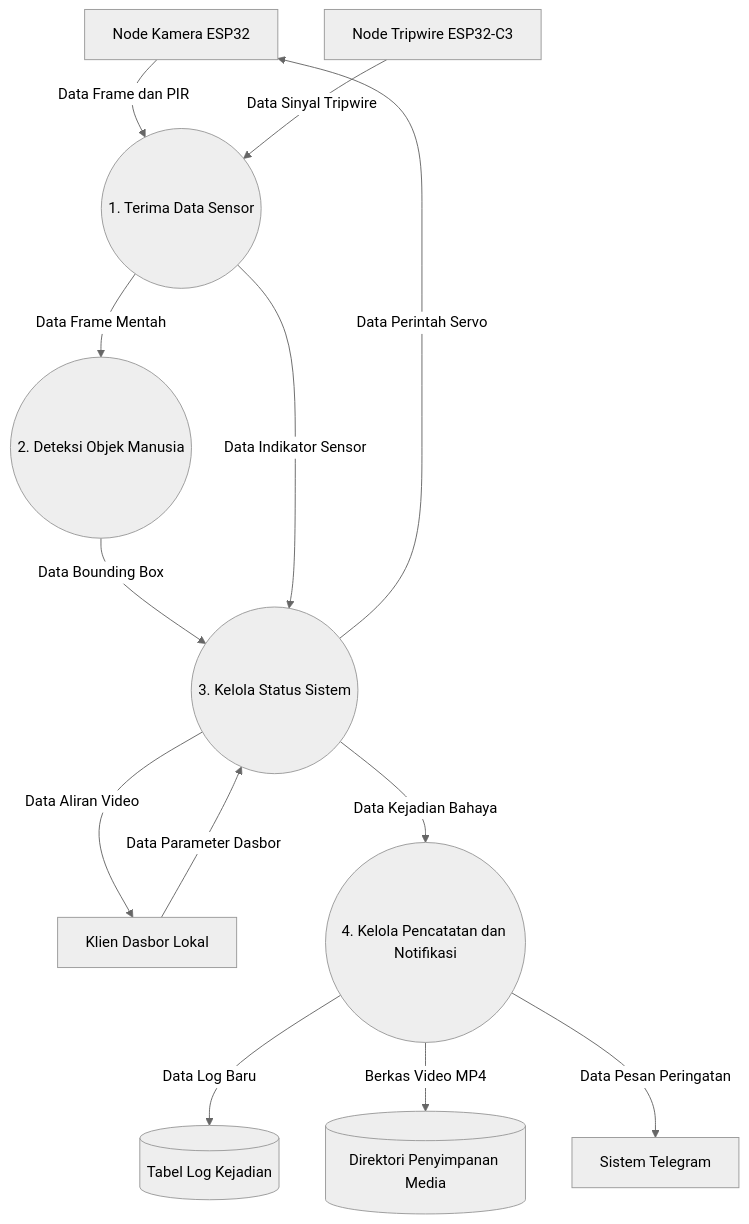
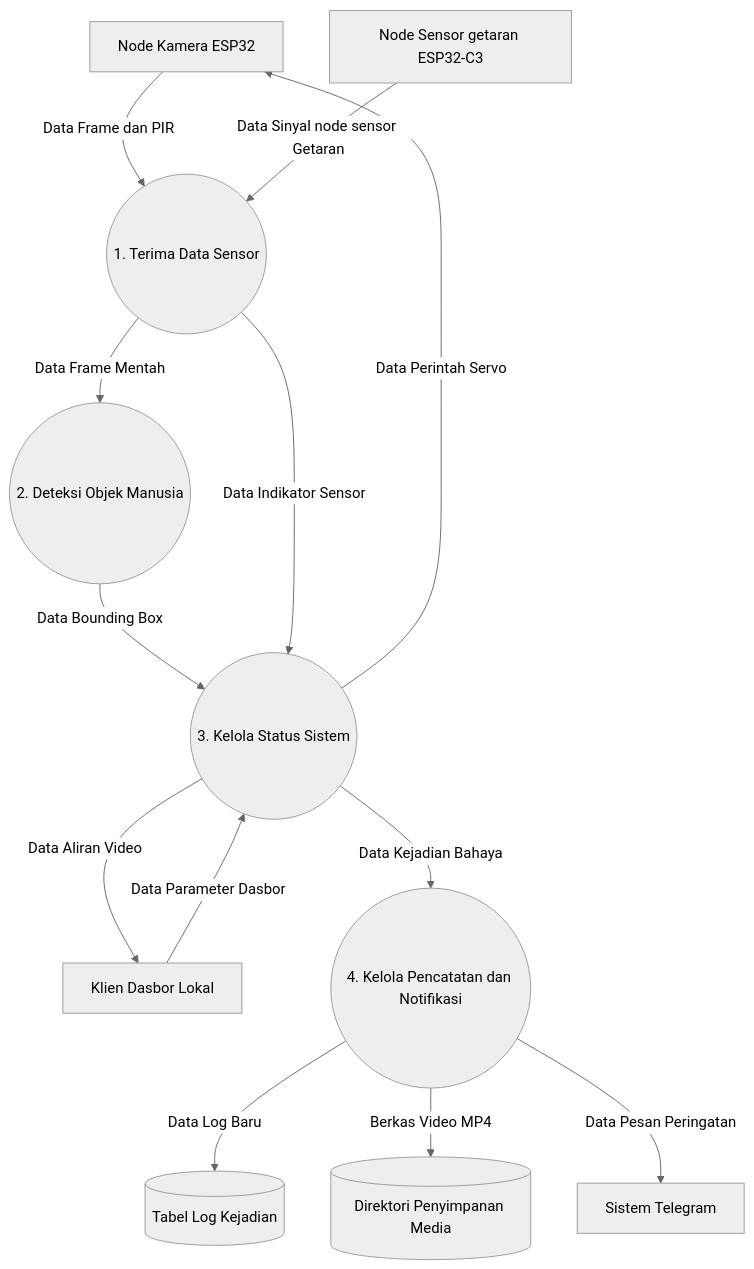
The second of 9 diagrams in zbuku/buku.md (afandihrp/Sistem-Monitoring-Lahan-berbasis-ESP32CAM-relatif-murah), drawn with Mermaid (neutral theme) before and after one commit. The commit also changed other lines of this file and 8 other files, not shown here.

````diff
--- a/zbuku/buku.md
+++ b/zbuku/buku.md
@@ -850,35 +850,35 @@
 ```mermaid
 graph TD
     %% External Entities
     E1[Node Kamera ESP32]
-    E2[Node Tripwire ESP32-C3]
+    E2[Node Sensor getaran ESP32-C3]
     E3[Sistem Telegram]
     E4[Klien Dasbor Lokal]
 
     %% Processes
     P1((1. Terima Data Sensor))
     P2((2. Deteksi Objek Manusia))
     P3((3. Kelola Status Sistem))
     P4((4. Kelola Pencatatan dan Notifikasi))
 
     %% Data Stores
     D1[(Tabel Log Kejadian)]
     D2[(Direktori Penyimpanan Media)]
 
     %% Data Flows
     E1 -->|Data Frame dan PIR| P1
-    E2 -->|Data Sinyal Tripwire| P1
+    E2 -->|Data Sinyal node sensor Getaran| P1
     
     P1 -->|Data Frame Mentah| P2
     P2 -->|Data Bounding Box| P3
     P1 -->|Data Indikator Sensor| P3
     
     P3 -->|Data Perintah Servo| E1
     E4 -->|Data Parameter Dasbor| P3
     P3 -->|Data Aliran Video| E4
     
     P3 -->|Data Kejadian Bahaya| P4
     P4 -->|Data Log Baru| D1
     P4 -->|Berkas Video MP4| D2
     P4 -->|Data Pesan Peringatan| E3
 ```
````
